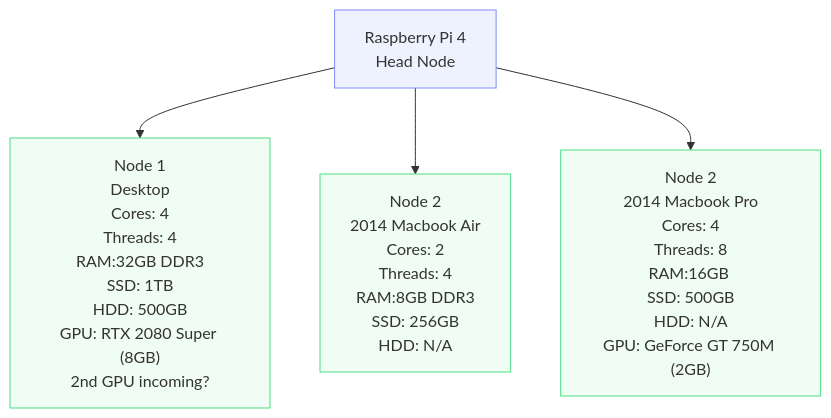
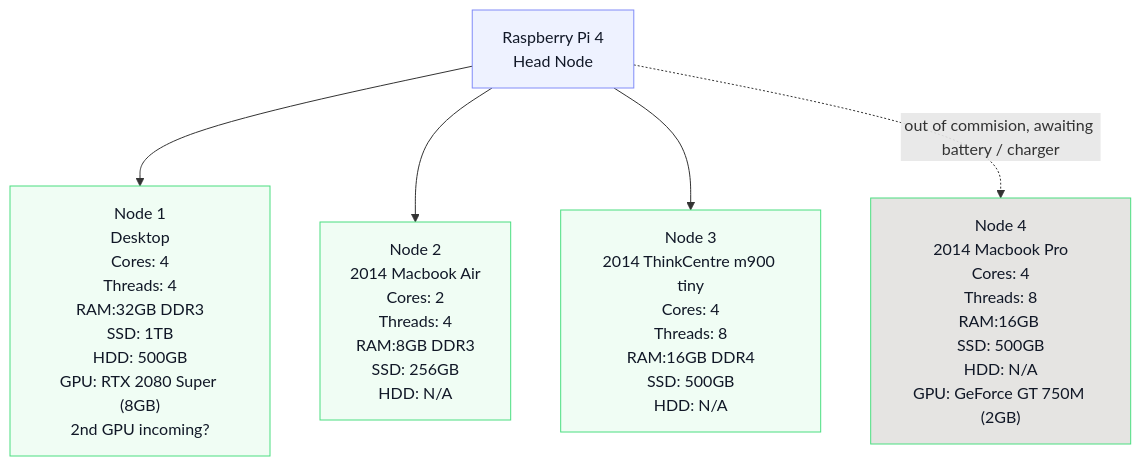
One commit to sterrettJD/lpcc changed the diagram in README.md. Above: the diagram before and after it, drawn with Mermaid. The commit also changed other lines of this file, not shown here.

Commit message:
better architecture and scheduling

````diff
--- a/README.md
+++ b/README.md
@@ -8,17 +8,22 @@
 ```mermaid
 flowchart TD
     rpi4["Raspberry Pi 4<br/>Head Node<br/>"]
     comp1["Node 1<br/>Desktop<br/>Cores: 4<br/>Threads: 4<br/>RAM:32GB DDR3<br/>SSD: 1TB<br/>HDD: 500GB<br/>GPU: RTX 2080 Super (8GB)<br/>2nd GPU incoming?"]
     comp2["Node 2<br/>2014 Macbook Air<br/>Cores: 2<br/>Threads: 4<br/>RAM:8GB DDR3<br/>SSD: 256GB<br/>HDD: N/A"]
-    comp3["Node 2<br/>2014 Macbook Pro<br/>Cores: 4<br/>Threads: 8<br/>RAM:16GB <br/>SSD: 500GB<br/>HDD: N/A<br/>GPU: GeForce GT 750M (2GB)"]
+    comp3["Node 3<br/>2014 ThinkCentre m900 tiny<br/>Cores: 4<br/>Threads: 8<br/>RAM:16GB DDR4<br/>SSD: 500GB<br/>HDD: N/A"]
+    comp4["Node 4<br/>2014 Macbook Pro<br/>Cores: 4<br/>Threads: 8<br/>RAM:16GB <br/>SSD: 500GB<br/>HDD: N/A<br/>GPU: GeForce GT 750M (2GB)"]
     
+
     rpi4 --> comp1
     rpi4 --> comp2
     rpi4 --> comp3
+    rpi4 -. out of commision, awaiting battery / charger.-> comp4
     
-    classDef headNode stroke:#818cf8,fill:#eef2ff
-    classDef childNode stroke:#4ade80,fill:#f0fdf4
+    classDef headNode stroke:#818cf8,fill:#eef2ff,color:#111827
+    classDef childNode stroke:#4ade80,fill:#f0fdf4,color:#111827
+    classDef childNodeBAD stroke:#4ade80,fill:#E5E4E2,color:#111827
     
     class rpi4 headNode
     class comp1,comp2,comp3 childNode
+    class comp4 childNodeBAD
 ```
````
